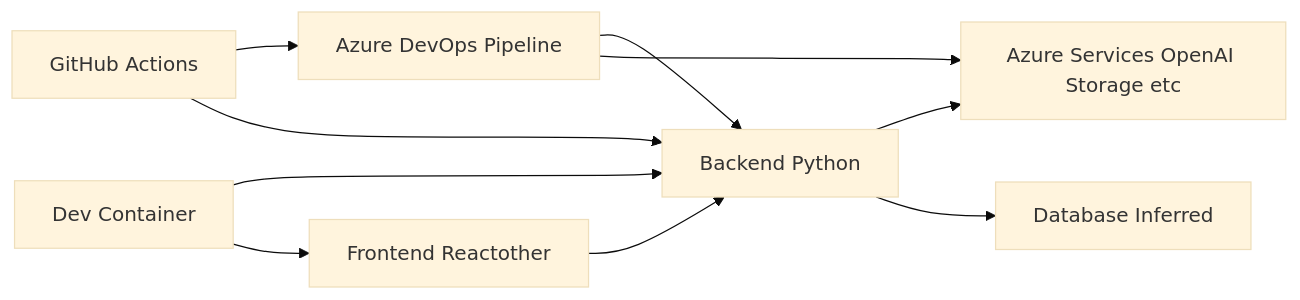
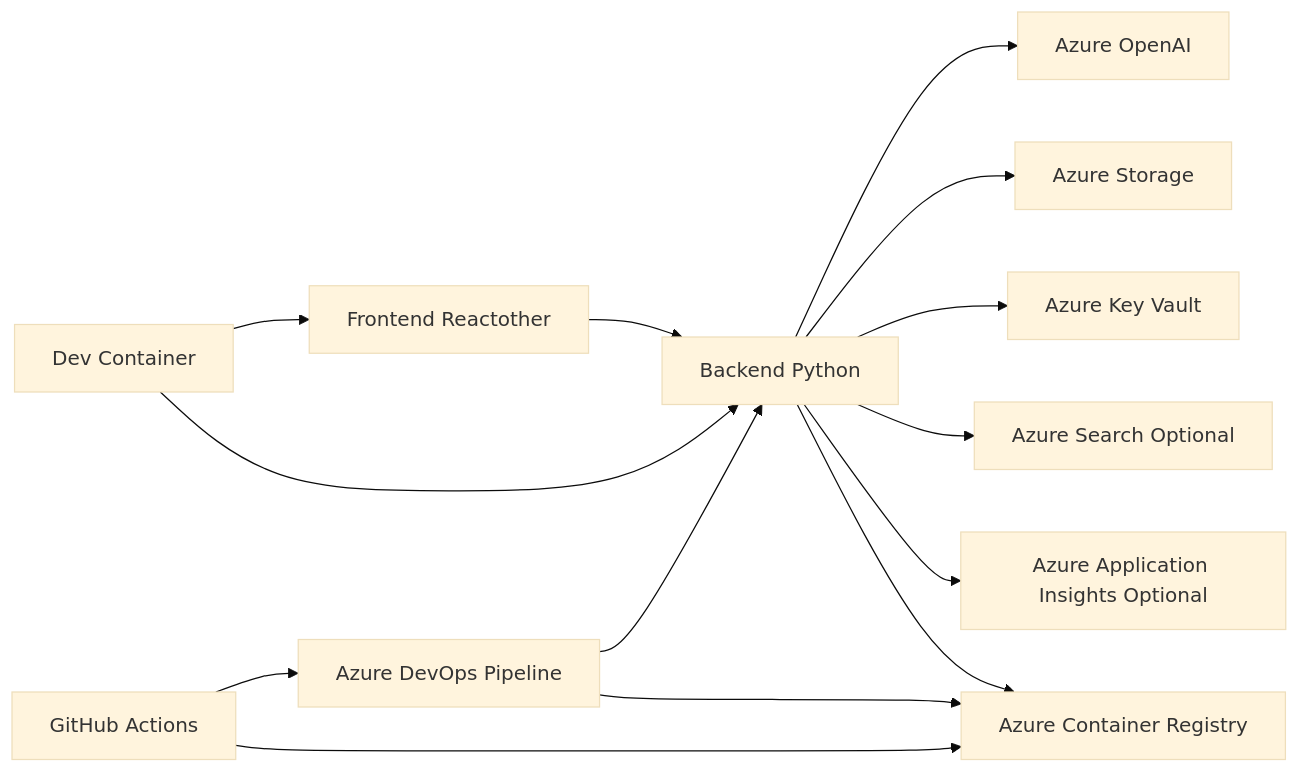
Before and after one commit to deepakgarg1986/MultiAgent: the diagram in docs/design/high-level-design.md, drawn with Mermaid (base theme). The commit also changed other lines of this file and 4 other files, not shown here.

````diff
--- a/docs/design/high-level-design.md
+++ b/docs/design/high-level-design.md
@@ -9,13 +9,16 @@
 ```mermaid
 graph LR
     A[Frontend Reactother] --> B[Backend Python];
-    B --> C[Azure Services OpenAI Storage etc];
-    B --> D[Database Inferred];
-    E[Azure DevOps Pipeline] --> B;
-    E --> C;
-    F[GitHub Actions] --> E;
-    F --> B;
-    G[Dev Container] --> B;
-    G --> A;
-
+    B --> C[Azure OpenAI];
+    B --> D[Azure Storage];
+    B --> E[Azure Key Vault];
+    B --> F[Azure Search Optional];
+    B --> G[Azure Application Insights Optional];
+    B --> H[Azure Container Registry];
+    I[Azure DevOps Pipeline] --> B;
+    I --> H;
+    J[GitHub Actions] --> I;
+    J --> H;
+    K[Dev Container] --> A;
+    K --> B;
 ```
````
